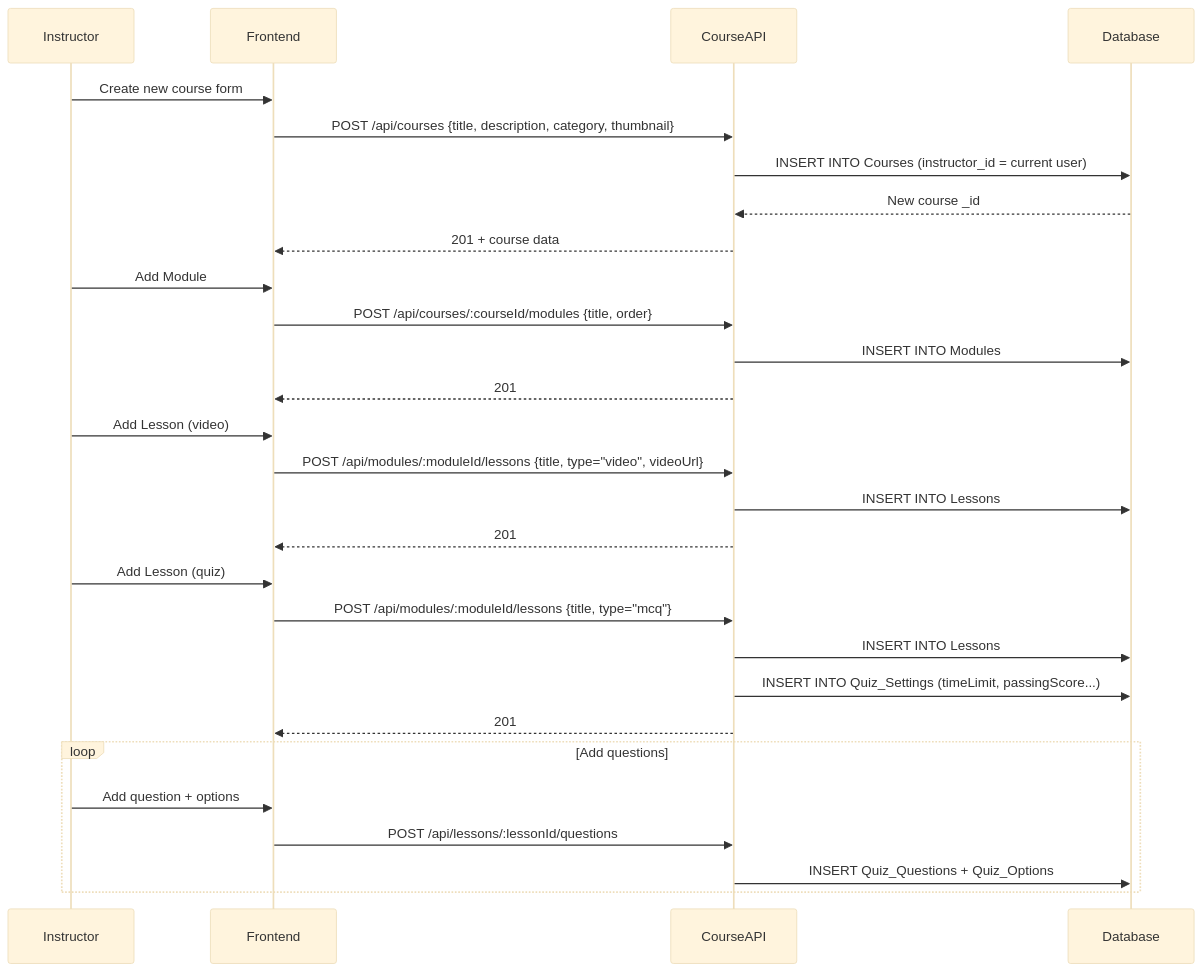
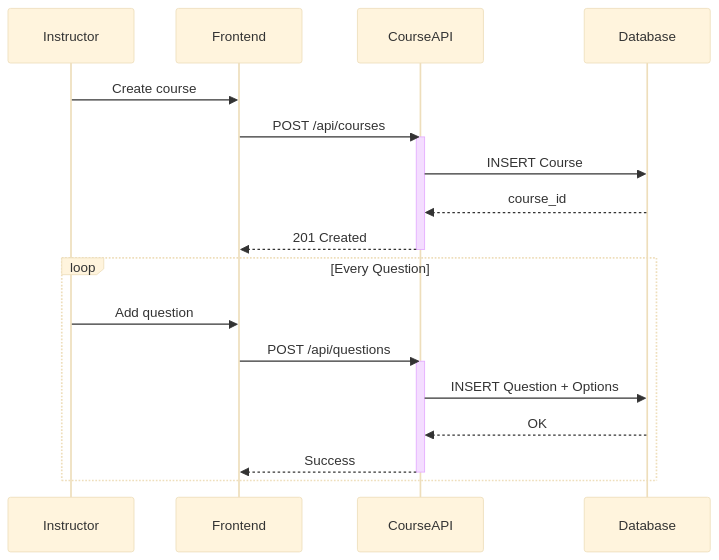
Before and after one commit to maruf-pfc/build-to-learn: the fourth of 6 diagrams in docs/sequence-diagrams.md, drawn with Mermaid (base theme). The commit also changed other lines of this file, not shown here.

First line of the commit message:
Refactor sequence diagrams for online learning platform

````diff
--- a/docs/sequence-diagrams.md
+++ b/docs/sequence-diagrams.md
@@ -102,35 +127,26 @@
 ```mermaid
 sequenceDiagram
-    participant Instructor
-    participant Frontend
-    participant CourseAPI
-    participant Database
+    participant Inst as Instructor
+    participant FE as Frontend
+    participant API as CourseAPI
+    participant DB as Database
 
-    Instructor->>Frontend: Create new course form
-    Frontend->>CourseAPI: POST /api/courses {title, description, category, thumbnail}
-    CourseAPI->>Database: INSERT INTO Courses (instructor_id = current user)
-    Database-->>CourseAPI: New course _id
-    CourseAPI-->>Frontend: 201 + course data
+    Inst->>FE: Create course
+    FE->>API: POST /api/courses
+    activate API
+    API->>DB: INSERT Course
+    DB-->>API: course_id
+    API-->>FE: 201 Created
+    deactivate API
 
-    Instructor->>Frontend: Add Module #1
-    Frontend->>CourseAPI: POST /api/courses/:courseId/modules {title, order}
-    CourseAPI->>Database: INSERT INTO Modules
-    CourseAPI-->>Frontend: 201
+    loop Every Question
+        Inst->>FE: Add question
+        FE->>API: POST /api/questions
+        activate API
+        API->>DB: INSERT Question + Options
+        DB-->>API: OK
+        API-->>FE: Success
+        deactivate API
+    end
 
-    Instructor->>Frontend: Add Lesson (video)
-    Frontend->>CourseAPI: POST /api/modules/:moduleId/lessons {title, type="video", videoUrl}
-    CourseAPI->>Database: INSERT INTO Lessons
-    CourseAPI-->>Frontend: 201
-
-    Instructor->>Frontend: Add Lesson (quiz)
-    Frontend->>CourseAPI: POST /api/modules/:moduleId/lessons {title, type="mcq"}
-    CourseAPI->>Database: INSERT INTO Lessons
-    CourseAPI->>Database: INSERT INTO Quiz_Settings (timeLimit, passingScore...)
-    CourseAPI-->>Frontend: 201
-
-    loop Add questions
-        Instructor->>Frontend: Add question + options
-        Frontend->>CourseAPI: POST /api/lessons/:lessonId/questions
-        CourseAPI->>Database: INSERT Quiz_Questions + Quiz_Options
-    end
 ```
````
